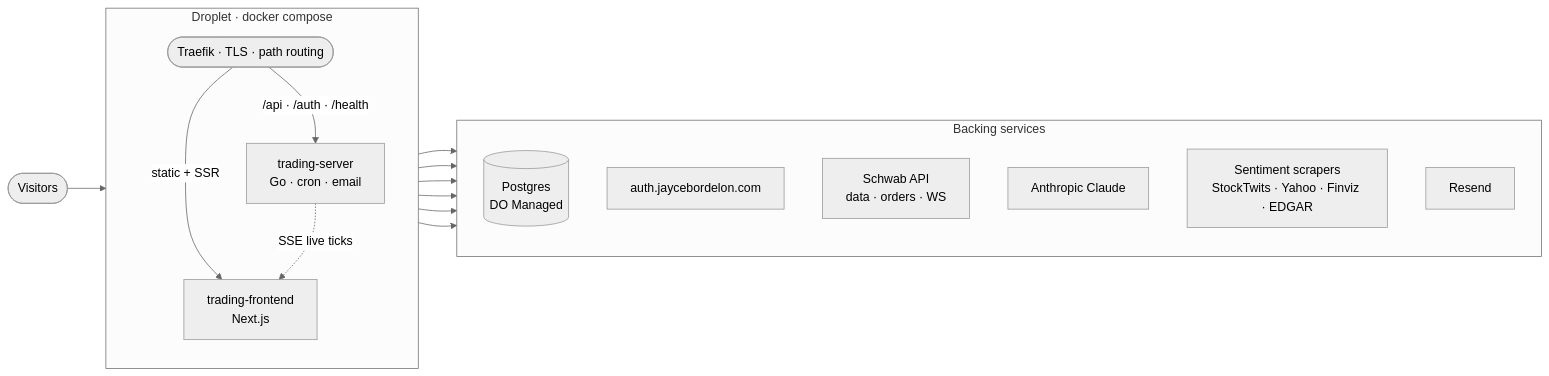
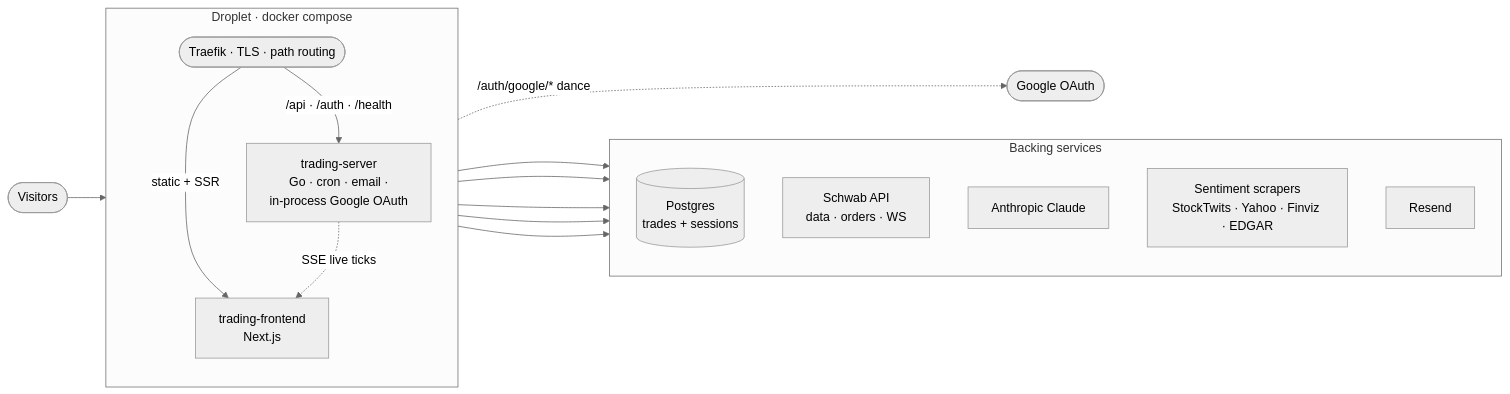
The first of 2 diagrams in README.md (JayceBordelon/vibetradez.com), drawn with Mermaid (neutral theme) before and after one commit. The commit also changed other lines of this file and 9 other files, not shown here.

First line of the commit message:
docs+cleanup: drop vestigial auth.jaycebordelon.com refs

````diff
--- a/README.md
+++ b/README.md
@@ -12,33 +13,33 @@
 ```mermaid
 flowchart LR
     User(["Visitors"])
+    Google(["Google OAuth"])
 
     subgraph Droplet["Droplet · docker compose"]
       direction TB
       Traefik(["Traefik · TLS · path routing"])
       TF["trading-frontend<br/>Next.js"]
-      TS["trading-server<br/>Go · cron · email"]
+      TS["trading-server<br/>Go · cron · email ·<br/>in-process Google OAuth"]
     end
 
     subgraph Backing["Backing services"]
       direction TB
-      DB[("Postgres<br/>DO Managed")]
-      AUTH["auth.jaycebordelon.com"]
+      DB[("Postgres<br/>trades + sessions")]
       Schwab["Schwab API<br/>data · orders · WS"]
       Claude["Anthropic Claude"]
       Signals["Sentiment scrapers<br/>StockTwits · Yahoo · Finviz · EDGAR"]
       Resend["Resend"]
     end
 
     User --> Traefik
     Traefik -->|"static + SSR"| TF
     Traefik -->|"/api · /auth · /health"| TS
     TS -.->|"SSE live ticks"| TF
+    TS -.->|"/auth/google/* dance"| Google
 
     TS --> DB
-    TS --> AUTH
     TS --> Schwab
     TS --> Claude
     TS --> Signals
     TS --> Resend
 ```
````
